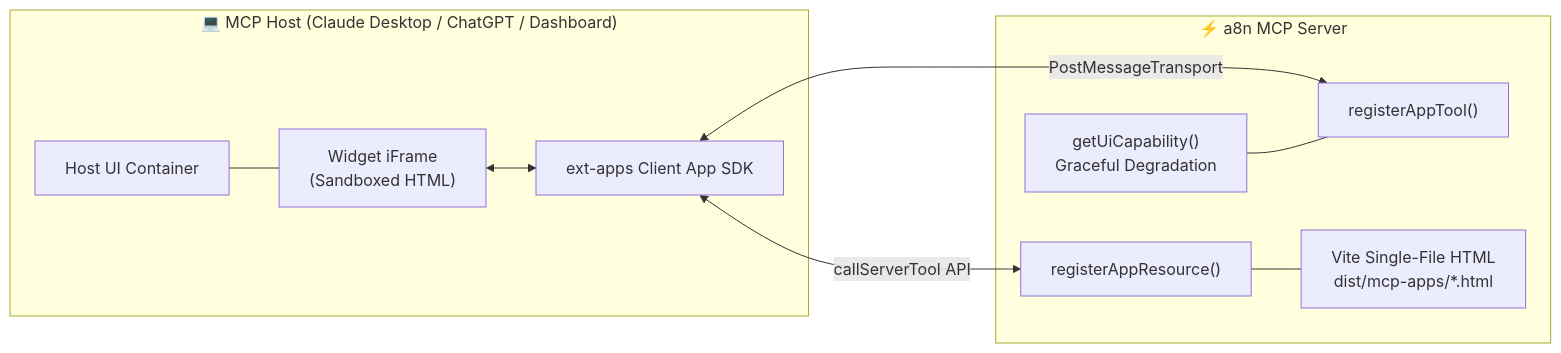
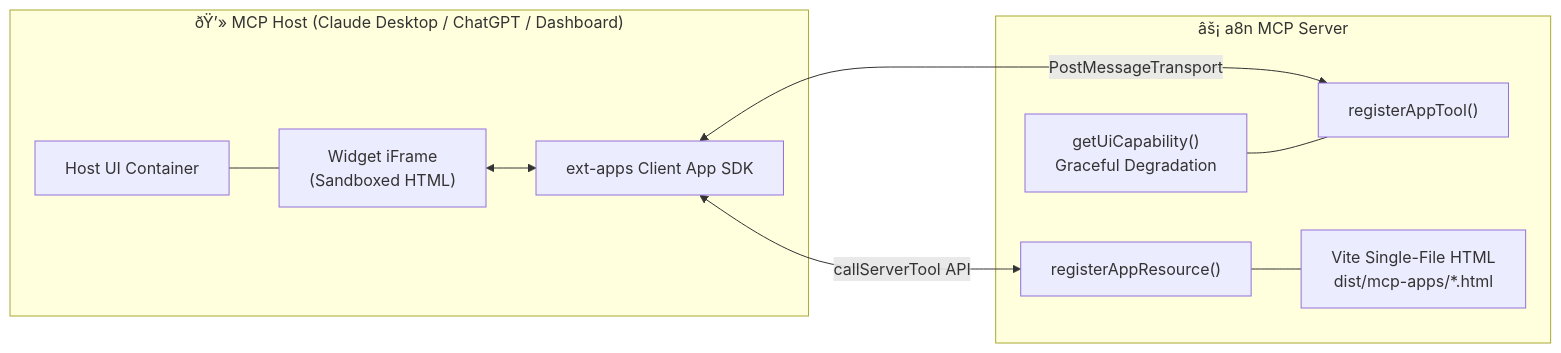
One commit to aditya-deokar/a8n changed the third of 3 diagrams in README.md. Above: the diagram before and after it, drawn with Mermaid. The commit also changed other lines of this file and 85 other files, not shown here.

````diff
--- a/README.md
+++ b/README.md
@@ -154,22 +155,22 @@
 ```mermaid
 graph LR
-    subgraph ClientHost ["💻 MCP Host (Claude Desktop / ChatGPT / Dashboard)"]
+    subgraph ClientHost ["ðŸ’» MCP Host (Claude Desktop / ChatGPT / Dashboard)"]
         HostUI["Host UI Container"]
         IFrame["Widget iFrame<br/>(Sandboxed HTML)"]
         AppSDK["ext-apps Client App SDK"]
         HostUI --- IFrame
         IFrame <--> AppSDK
     end
 
-    subgraph ServerSide ["⚡ a8n MCP Server"]
+    subgraph ServerSide ["âš¡ a8n MCP Server"]
         RegTool["registerAppTool()"]
         RegRes["registerAppResource()"]
         ViteBuild["Vite Single-File HTML<br/>dist/mcp-apps/*.html"]
         Capability["getUiCapability()<br/>Graceful Degradation"]
     end
 
     AppSDK <-->|PostMessageTransport| RegTool
     AppSDK <-->|callServerTool API| RegRes
     RegRes --- ViteBuild
     Capability --- RegTool
 ```
````
